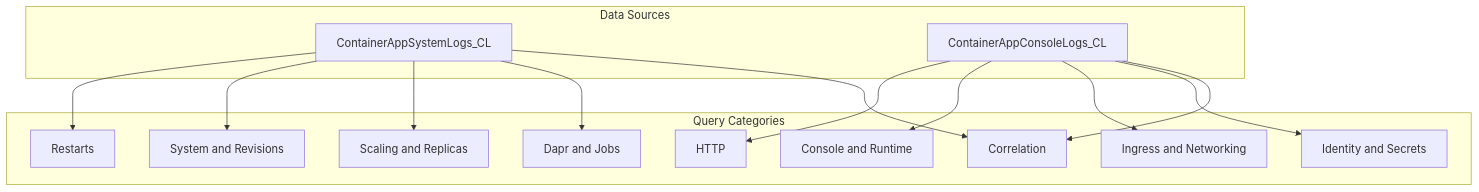
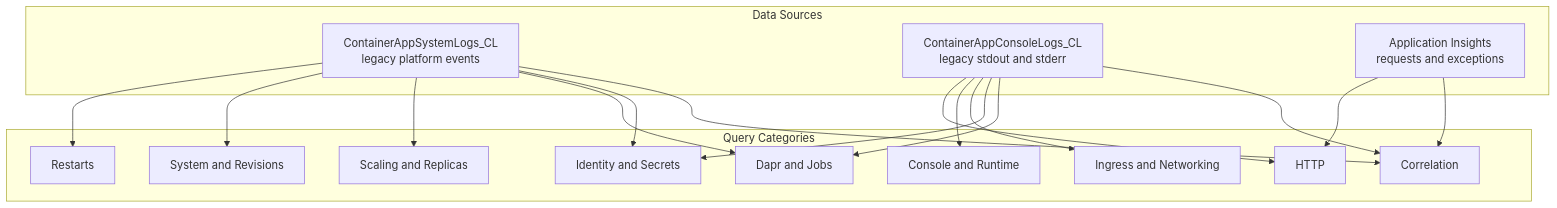
The diagram in docs/troubleshooting/kql/index.md (yeongseon/azure-container-apps-practical-guide), drawn with Mermaid before and after one commit. The commit also changed other lines of this file and 25 other files, not shown here.

Commit message:
docs(diagrams): migrate first ten minutes and KQL diagrams (#623)

````diff
--- a/docs/troubleshooting/kql/index.md
+++ b/docs/troubleshooting/kql/index.md
@@ -17,28 +18,36 @@
 ```mermaid
 flowchart TD
+    accTitle: Choose a Container Apps KQL query family by evidence source
+    accDescr: Legacy system logs feed platform, revision, scaling, job, and correlation investigations. Legacy console logs feed application, HTTP, ingress, identity, Dapr, and correlation investigations. Application Insights supplies request and exception telemetry when configured.
+
     subgraph Sources["Data Sources"]
-        SYS["ContainerAppSystemLogs_CL"]
-        CON["ContainerAppConsoleLogs_CL"]
+        SYS["ContainerAppSystemLogs_CL<br/>legacy platform events"]
+        CON["ContainerAppConsoleLogs_CL<br/>legacy stdout and stderr"]
+        AI["Application Insights<br/>requests and exceptions"]
     end
     subgraph Categories["Query Categories"]
         HTTP["HTTP"]
         RST["Restarts"]
         SYSREV["System and Revisions"]
         CONRT["Console and Runtime"]
         ING["Ingress and Networking"]
         SCL["Scaling and Replicas"]
         IDSEC["Identity and Secrets"]
         DAPR["Dapr and Jobs"]
         COR["Correlation"]
     end
     SYS --> RST
     SYS --> SYSREV
     SYS --> SCL
     SYS --> DAPR
+    SYS --> IDSEC
     CON --> HTTP
     CON --> CONRT
     CON --> ING
     CON --> IDSEC
+    CON --> DAPR
     SYS --> COR
     CON --> COR
+    AI --> HTTP
+    AI --> COR
 ```
````
